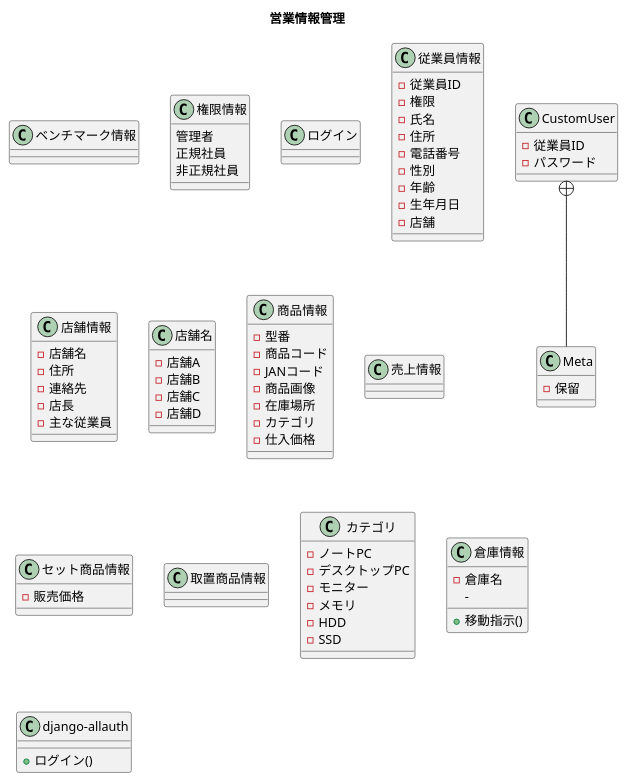
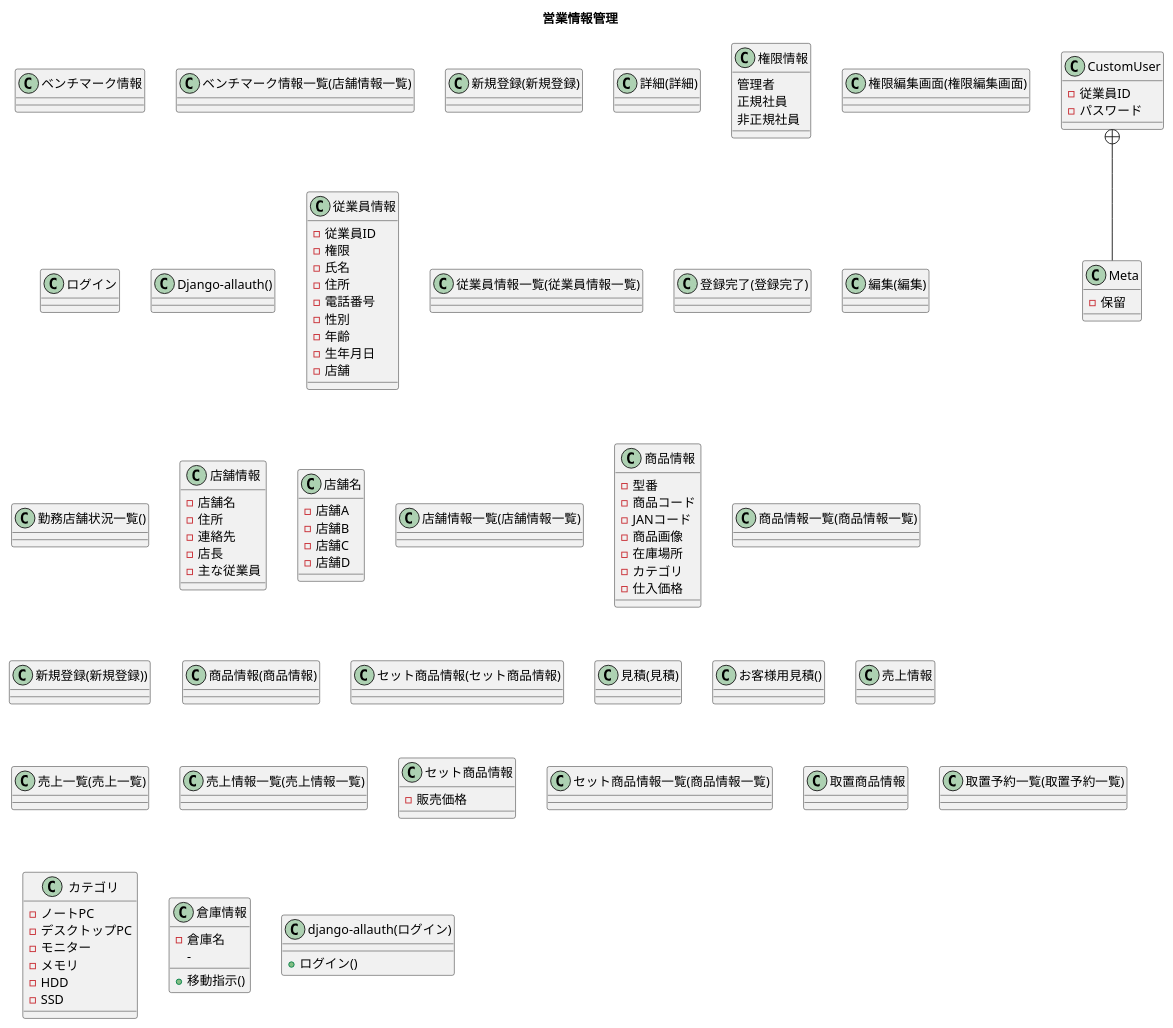
One commit to HaruShim/Sotuken changed the diagram in 各種設計書/5クラス図/クラス図.plantuml. Above: the diagram before and after it, drawn with PlantUML.

```diff
--- a/各種設計書/5クラス図/クラス図.plantuml
+++ b/各種設計書/5クラス図/クラス図.plantuml
@@ -1,83 +1,161 @@
 @startuml クラス図
 
 title 営業情報管理
 
-' 'ベンチマークマスタ
+' ベンチマークマスタ
+' モデル
 class ベンチマーク情報{
     ' 保留中
 }
-'ユーザ権限
+' コントローラ
+class ベンチマーク情報一覧(店舗情報一覧){}
+class 新規登録(新規登録){}
+class 詳細(詳細){}
+
+'ユーザ権限'
+' モデル
 class 権限情報{
     管理者
     正規社員
     非正規社員
 }
+' コントローラ
+class 権限編集画面(権限編集画面){}
+
 ' ログイン
+' モデル
 class ログイン{}
-' 勤務店舗状況編集
+' コントローラ
+class Django-allauth(){}
+
+' 従業員情報
+' モデル
 class 従業員情報{
     -従業員ID
     -権限
     -氏名
     -住所
     -電話番号
     -性別
     -年齢
     -生年月日
     -店舗
 }
+' コントローラ
+class 従業員情報一覧(従業員情報一覧){}
+class 新規登録(新規登録){}
+class 登録完了(登録完了){}
+class 詳細(詳細){}
+class 編集(編集){}
+' 勤務店舗業況を編集する
+class 勤務店舗状況一覧(){}
+
+' 店舗情報
+' モデル
 class 店舗情報{
     -店舗名
     -住所
     -連絡先
     -店長
     -主な従業員
 }
 class 店舗名{
     -店舗A
     -店舗B
     -店舗C
     -店舗D
 }
+' コントローラ
+class 店舗情報一覧(店舗情報一覧){}
+class 新規登録(新規登録){}
+class 詳細(詳細){}
+class 編集(編集){}
 
+' 商品情報
+' モデル
 class 商品情報{
     -型番
     -商品コード
     -JANコード
     -商品画像
     -在庫場所
     -カテゴリ
     -仕入価格
 }
+' コントローラ
+class 商品情報一覧(商品情報一覧){}
+class 新規登録(新規登録)){}
+class 詳細(詳細){}
+class 編集(編集){}
+' class 商品情報・セット商品情報(){}
+class 商品情報(商品情報){}
+class セット商品情報(セット商品情報){}
+' 販売の価格を見積する
+class 見積(見積){}
+class お客様用見積(){}
+
+
+
+
+' 売上情報
+' モデル
 class 売上情報{}
+' コントローラ
+class 売上一覧(売上一覧){}
+class 詳細(詳細){}
+class 編集(編集){}
+' 売上情報の登録・参照・編集・削除
+class 売上情報一覧(売上情報一覧){}
+class 新規登録(新規登録){}
+class 詳細(詳細){}
+class 編集(編集){}
+
+
+
+' 商品情報管理
+' モデル
 class セット商品情報{
     -販売価格
     ' 保留中
 }
+' コントローラ
+class セット商品情報一覧(商品情報一覧){}
+class 新規登録(新規登録)){}
+class 詳細(詳細){}
+class 編集(編集){}
+
+' 取置商品情報
+' モデル
 class 取置商品情報{}
+' コントローラ
+class 取置予約一覧(取置予約一覧){}
+class 新規登録(新規登録){}
+class 詳細(詳細){}
+class 編集(編集){}
+
 class カテゴリ{
     -ノートPC
     -デスクトップPC
     -モニター
     -メモリ
     -HDD
     -SSD
 }
 class 倉庫情報{
     -倉庫名
     -
     +移動指示()
 }
 class CustomUser{
     -従業員ID
     -パスワード
 }
 class Meta{
     -保留
 }
-class django-allauth {
+class "django-allauth(ログイン)" as Da {
     +ログイン()
 }
 
 CustomUser +-- Meta
 @enduml
```
